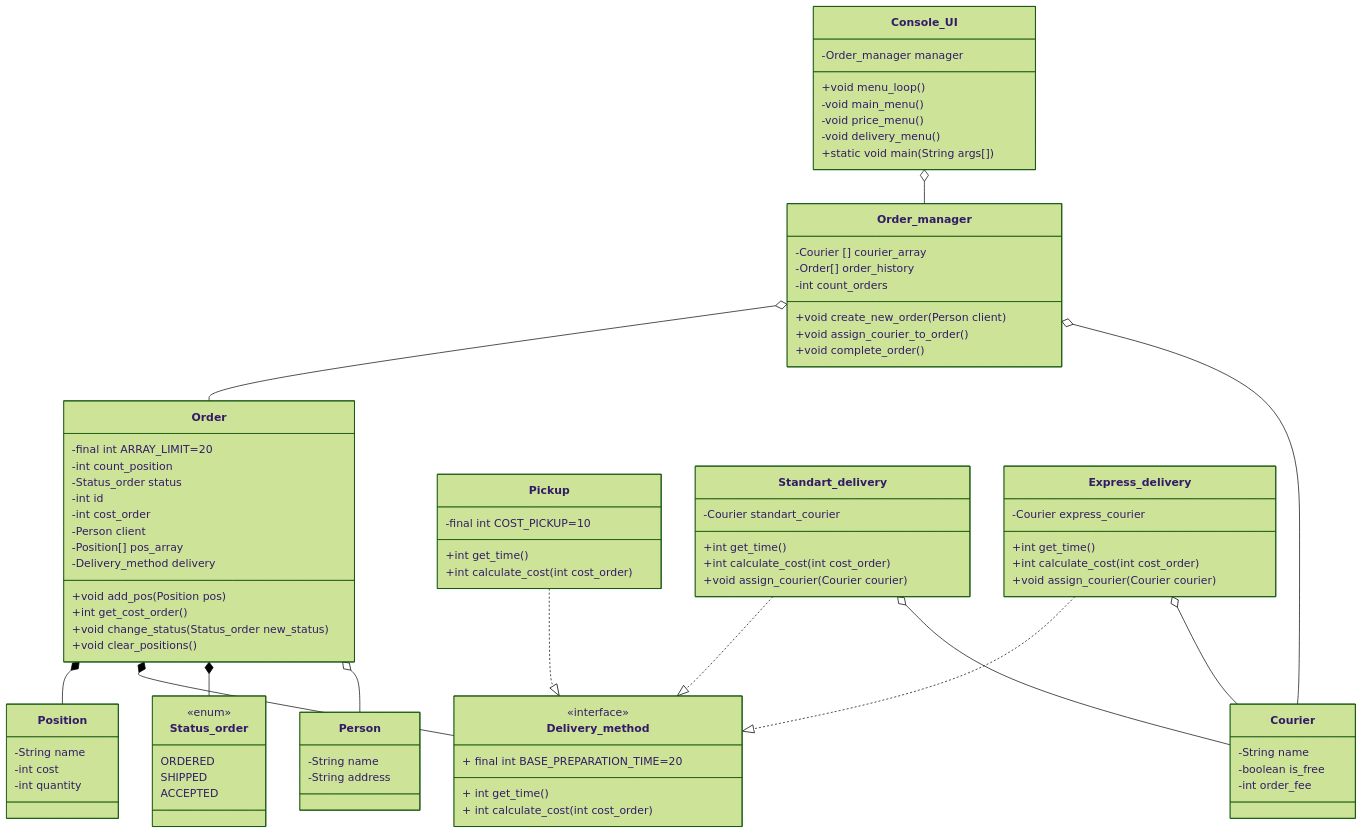
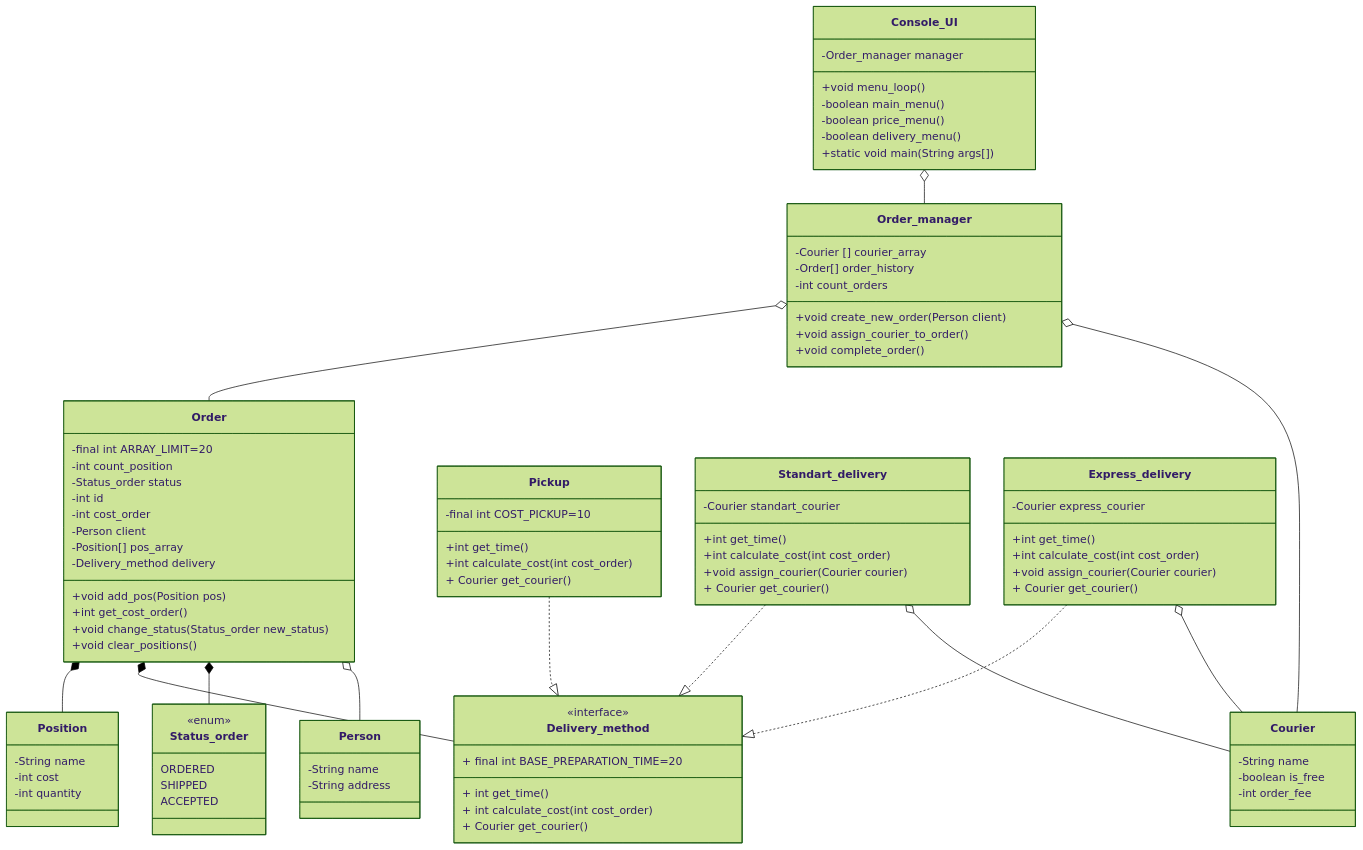
Before and after one commit to kirillkushaev2007-boop/Labaratory1: the diagram in README.md, drawn with Mermaid (forest theme).

Commit message:
Update README.md
Added method Courier get_courier() in  interface Dilevery_method and realise this method in Pickup, Standart_delivery, Express_delivery.
Changed return in main_menu, price_menu, delivery_menu (void -> boolean)

```diff
--- a/README.md
+++ b/README.md
@@ -50,12 +50,14 @@
       + final int BASE_PREPARATION_TIME=20
       + int get_time()
       + int calculate_cost (int cost_order)
+      + Courier get_courier()
    }
    %% Самовывоз (Pickup)
    class Pickup{
       -final int COST_PICKUP=10
       +int get_time()
       +int calculate_cost (int cost_order)
+      + Courier get_courier()
    }
    %% Стандартная доставка (Standart_delivery)
    class Standart_delivery {
@@ -64,6 +66,7 @@
       +int get_time()
       +int calculate_cost (int cost_order)
       +void assign_courier(Courier courier)
+      + Courier get_courier()
    }
    %% Экспресс доставка (Express_delivery)
    class Express_delivery {
@@ -72,6 +75,7 @@
       +int get_time()
       +int calculate_cost (int cost_order)
       +void assign_courier(Courier courier)
+      + Courier get_courier()
    }
    %% Менеджер заказов (Order_manager)
    class Order_manager {
@@ -90,11 +94,11 @@
       -Order_manager manager
       +void menu_loop()
          %% Запускает цикл меню
-      -void main_menu()
+      -boolean main_menu()
          %% Запускает главное меню
-      -void price_menu()
+      -boolean price_menu()
          %% Меню блюд
-      -void delivery_menu()
+      -boolean delivery_menu()
         %% Меню доставки
      +static void main(String args[])
          }
```
